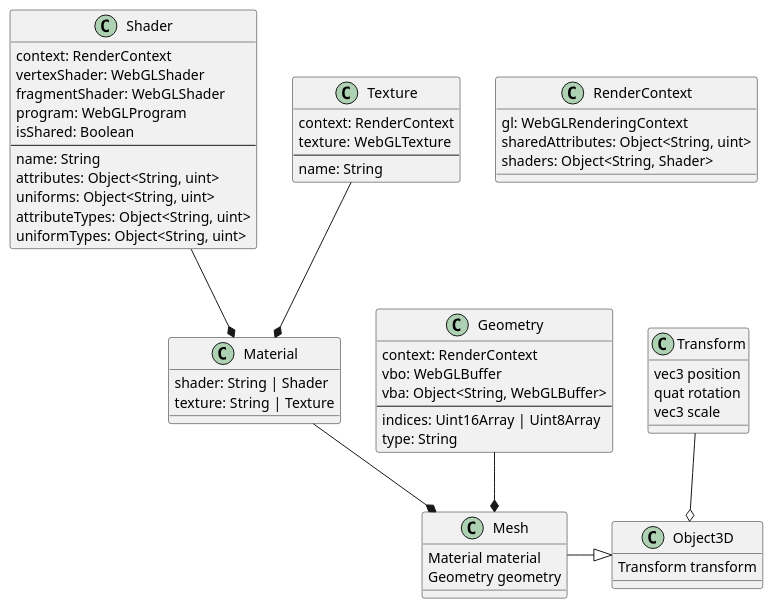
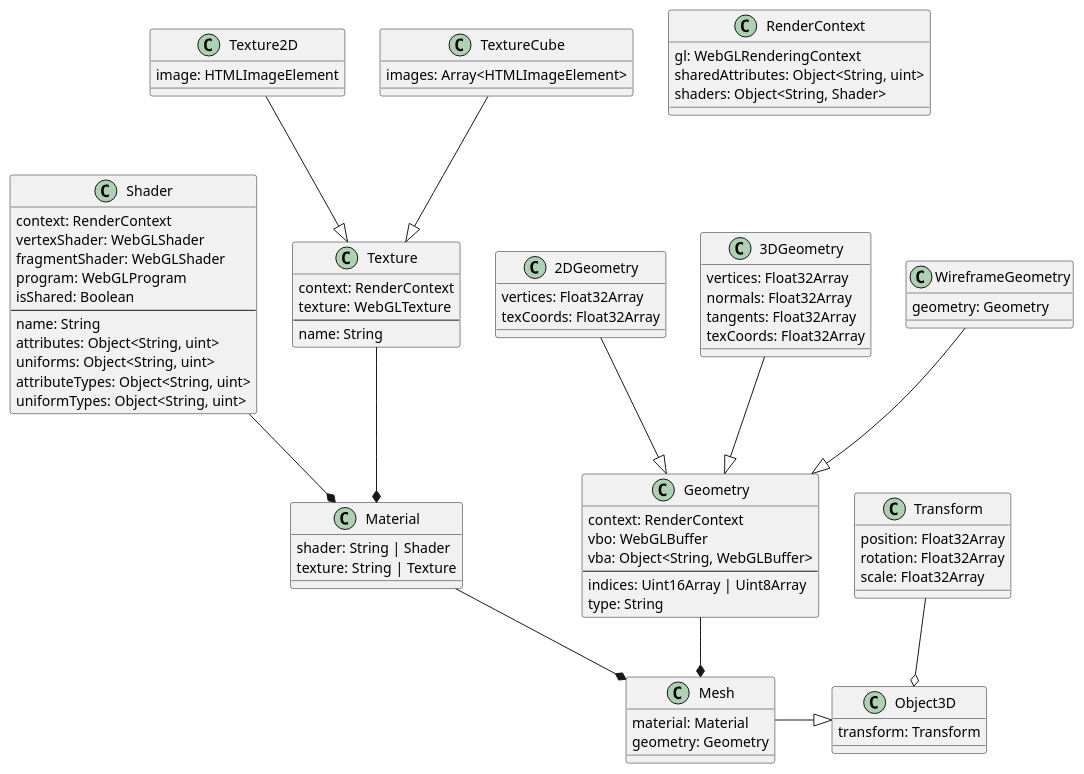
The diagram in doc/3dObjects.puml (yoo2001818/first-person-shooter), drawn with PlantUML before and after one commit.

Commit message:
Add utility class to UML

```diff
--- a/doc/3dObjects.puml
+++ b/doc/3dObjects.puml
@@ -1,68 +1,100 @@
 @startuml
 
 class RenderContext {
   gl: WebGLRenderingContext
   sharedAttributes: Object<String, uint>
   shaders: Object<String, Shader>
 }
 
 class Shader {
   context: RenderContext
   vertexShader: WebGLShader
   fragmentShader: WebGLShader
   program: WebGLProgram
   isShared: Boolean
   ---
   name: String
   attributes: Object<String, uint>
   uniforms: Object<String, uint>
   attributeTypes: Object<String, uint>
   uniformTypes: Object<String, uint>
 }
 
 class Texture {
   context: RenderContext
   texture: WebGLTexture
   ---
   name: String
 }
 
+class Texture2D {
+  image: HTMLImageElement
+}
+
+class TextureCube {
+  images: Array<HTMLImageElement>
+}
+
+Texture2D --|> Texture
+TextureCube --|> Texture
+
 class Material {
   shader: String | Shader
   texture: String | Texture
 }
 
 Shader --* Material
 Texture --* Material
 
 class Geometry {
   context: RenderContext
   vbo: WebGLBuffer
   vba: Object<String, WebGLBuffer>
   ---
   indices: Uint16Array | Uint8Array
   type: String
 }
 
+class 2DGeometry {
+  vertices: Float32Array
+  texCoords: Float32Array
+}
+
+class 3DGeometry {
+  vertices: Float32Array
+  normals: Float32Array
+  tangents: Float32Array
+  texCoords: Float32Array
+}
+
+2DGeometry --|> Geometry
+3DGeometry --|> Geometry
+
+class WireframeGeometry {
+  geometry: Geometry
+}
+
+WireframeGeometry --|> Geometry
+
 class Transform {
-  vec3 position
-  quat rotation
-  vec3 scale
+  position: Float32Array
+  rotation: Float32Array
+  scale: Float32Array
 }
 
 class Object3D {
-  Transform transform
+  transform: Transform
 }
 
 Transform --o Object3D
 
 class Mesh {
-  Material material
-  Geometry geometry
+  material: Material
+  geometry: Geometry
 }
 
 Mesh -|> Object3D
 Geometry --* Mesh
 Material --* Mesh
 
 @enduml
```
